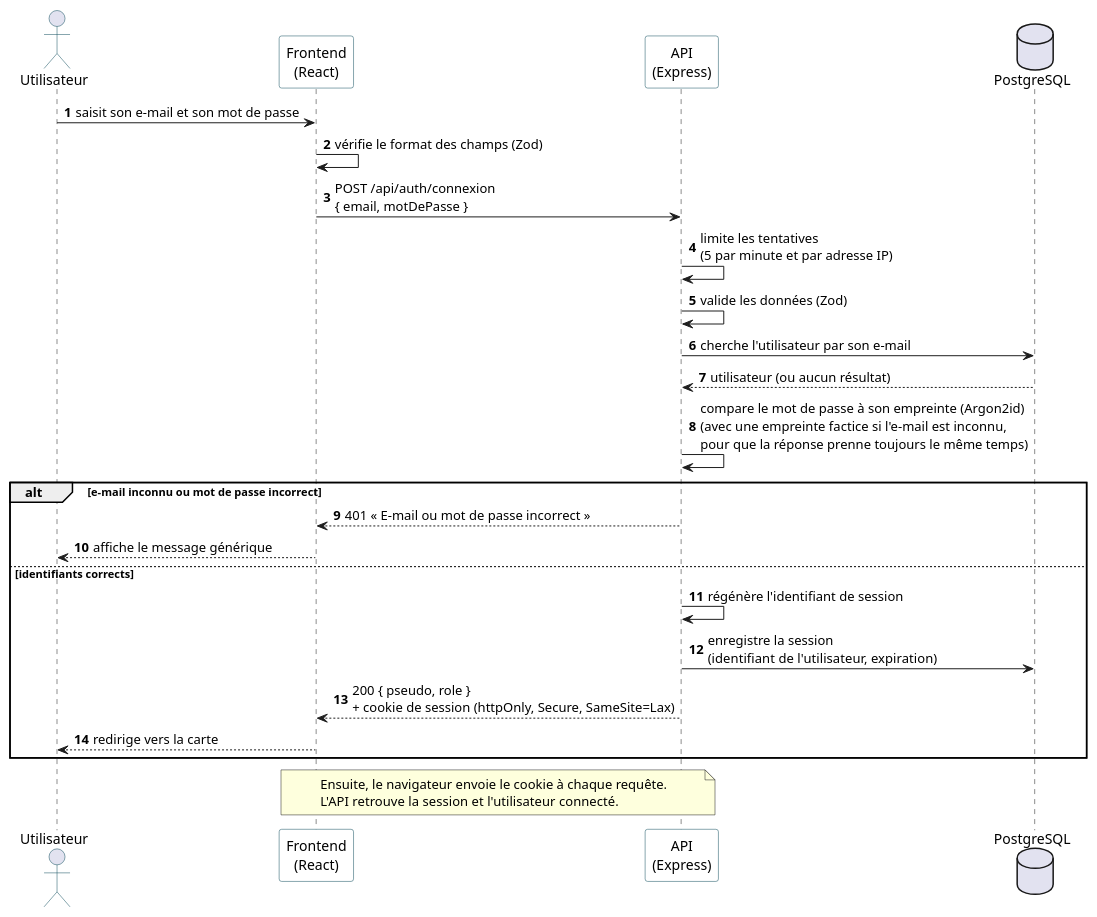
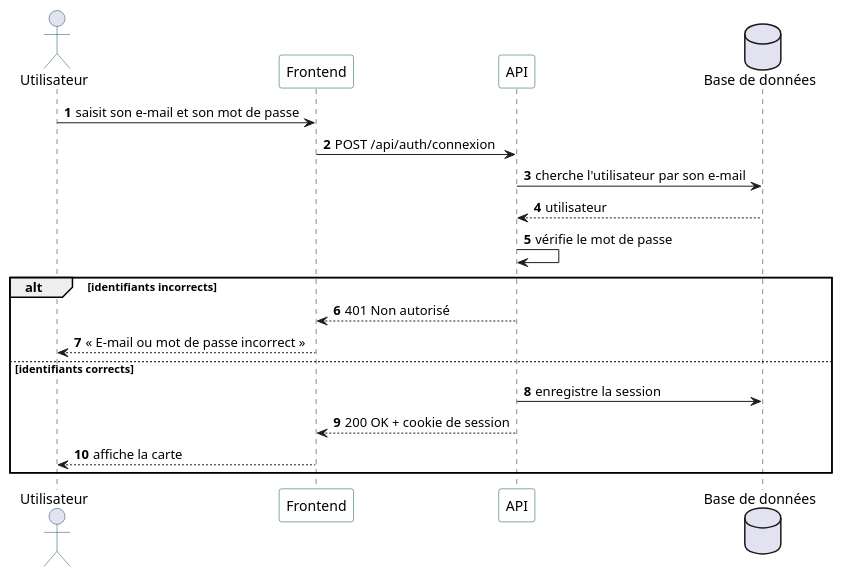
Before and after one commit to Lafuente-Nicolas/SpotLy-fil-rouge: the diagram in docs/uml/sequence-connexion.puml, drawn with PlantUML. The commit also changed 4 other files, not shown here.

First line of the commit message:
docs(uml): simplifier les diagrammes de séquence

```diff
--- a/docs/uml/sequence-connexion.puml
+++ b/docs/uml/sequence-connexion.puml
@@ -1,40 +1,30 @@
 @startuml sequence-connexion
-' Diagramme de séquence : se connecter (US-02, décision D23)
+' Diagramme de séquence : se connecter (US-02)
 skinparam shadowing false
 skinparam defaultFontName Arial
-skinparam sequenceMessageAlign left
 skinparam ParticipantBorderColor #0F4C5C
 skinparam ParticipantBackgroundColor #FFFFFF
 skinparam ActorBorderColor #0F4C5C
 skinparam ArrowColor #1E1E1E
 autonumber
 
 actor "Utilisateur" as U
-participant "Frontend\n(React)" as F
-participant "API\n(Express)" as A
-database "PostgreSQL" as B
+participant "Frontend" as F
+participant "API" as A
+database "Base de données" as B
 
 U -> F : saisit son e-mail et son mot de passe
-F -> F : vérifie le format des champs (Zod)
-F -> A : POST /api/auth/connexion\n{ email, motDePasse }
-A -> A : limite les tentatives\n(5 par minute et par adresse IP)
-A -> A : valide les données (Zod)
+F -> A : POST /api/auth/connexion
 A -> B : cherche l'utilisateur par son e-mail
-B --> A : utilisateur (ou aucun résultat)
-A -> A : compare le mot de passe à son empreinte (Argon2id)\n(avec une empreinte factice si l'e-mail est inconnu,\npour que la réponse prenne toujours le même temps)
+B --> A : utilisateur
+A -> A : vérifie le mot de passe
 
-alt e-mail inconnu ou mot de passe incorrect
-  A --> F : 401 « E-mail ou mot de passe incorrect »
-  F --> U : affiche le message générique
+alt identifiants incorrects
+  A --> F : 401 Non autorisé
+  F --> U : « E-mail ou mot de passe incorrect »
 else identifiants corrects
-  A -> A : régénère l'identifiant de session
-  A -> B : enregistre la session\n(identifiant de l'utilisateur, expiration)
-  A --> F : 200 { pseudo, role }\n+ cookie de session (httpOnly, Secure, SameSite=Lax)
-  F --> U : redirige vers la carte
+  A -> B : enregistre la session
+  A --> F : 200 OK + cookie de session
+  F --> U : affiche la carte
 end
-
-note over F, A
-  Ensuite, le navigateur envoie le cookie à chaque requête.
-  L'API retrouve la session et l'utilisateur connecté.
-end note
 @enduml
```
